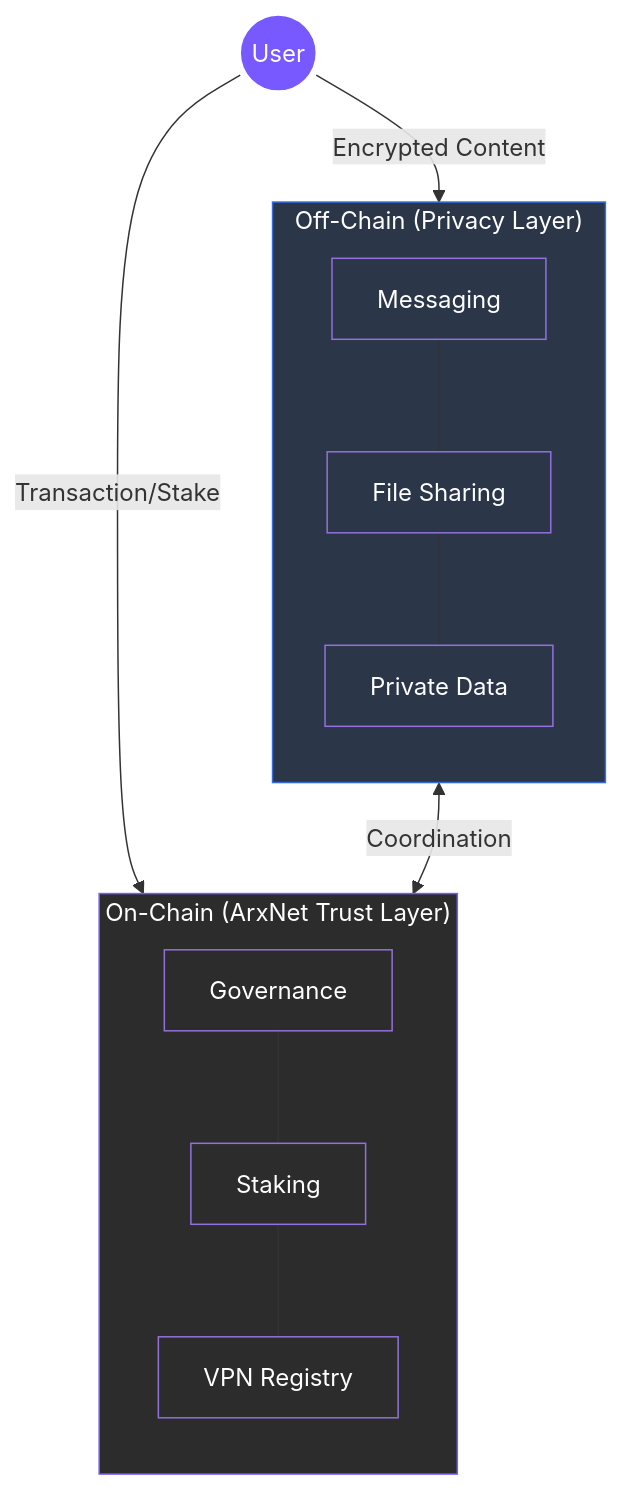
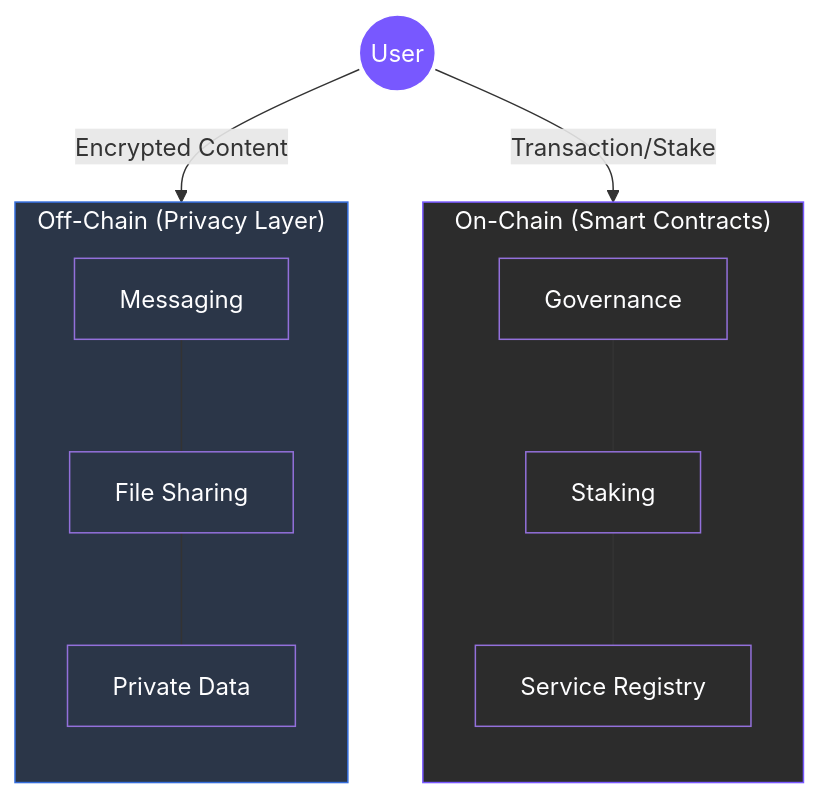
Before and after one commit to unusnullus/docs-xmtp-org: the diagram in gitbook/home/3-the-arx-solution/3.2-on-chain-trust-and-off-chain-privacy.md, drawn with Mermaid. The commit also changed other lines of this file and 32 other files, not shown here.

````diff
--- a/gitbook/home/3-the-arx-solution/3.2-on-chain-trust-and-off-chain-privacy.md
+++ b/gitbook/home/3-the-arx-solution/3.2-on-chain-trust-and-off-chain-privacy.md
@@ -34,35 +34,32 @@
 ```mermaid
 graph TD
     %% Global Styling
     accTitle: ARX Hybrid Model
     accDescr: Visualizing the separation between private off-chain interactions and transparent on-chain coordination.
 
     subgraph Off_Chain ["Off-Chain (Privacy Layer)"]
         direction TB
         A[Messaging] --- B[File Sharing]
         B --- C[Private Data]
         style Off_Chain fill:#2B3648,stroke:#346ddb,color:#fefeff
     end
 
-    subgraph On_Chain ["On-Chain (ArxNet Trust Layer)"]
+    subgraph On_Chain ["On-Chain (Smart Contracts)"]
         direction TB
         D[Governance] --- E[Staking]
-        E --- F[VPN Registry]
+        E --- F[Service Registry]
         style On_Chain fill:#2c2c2c,stroke:#7858ff,color:#fefeff
     end
 
     User((User)) -->|Encrypted Content| Off_Chain
     User -->|Transaction/Stake| On_Chain
-
-    %% Connectivity
-    Off_Chain <-->|Coordination| On_Chain
 
     %% Apply Brand Palette
     style User fill:#7858ff,stroke:#fefeff,color:#fefeff
     style A fill:#2B3648,color:#fefeff
     style B fill:#2B3648,color:#fefeff
     style C fill:#2B3648,color:#fefeff
     style D fill:#2c2c2c,color:#fefeff
     style E fill:#2c2c2c,color:#fefeff
     style F fill:#2c2c2c,color:#fefeff
 ```
````
